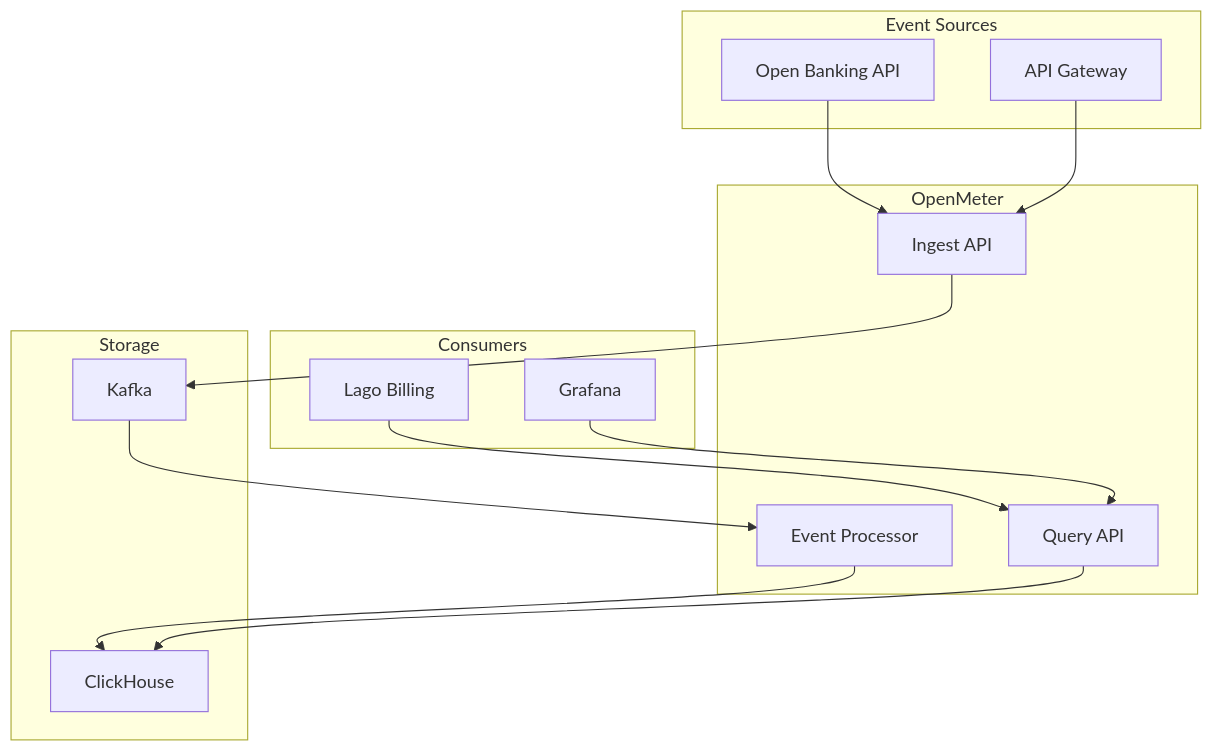
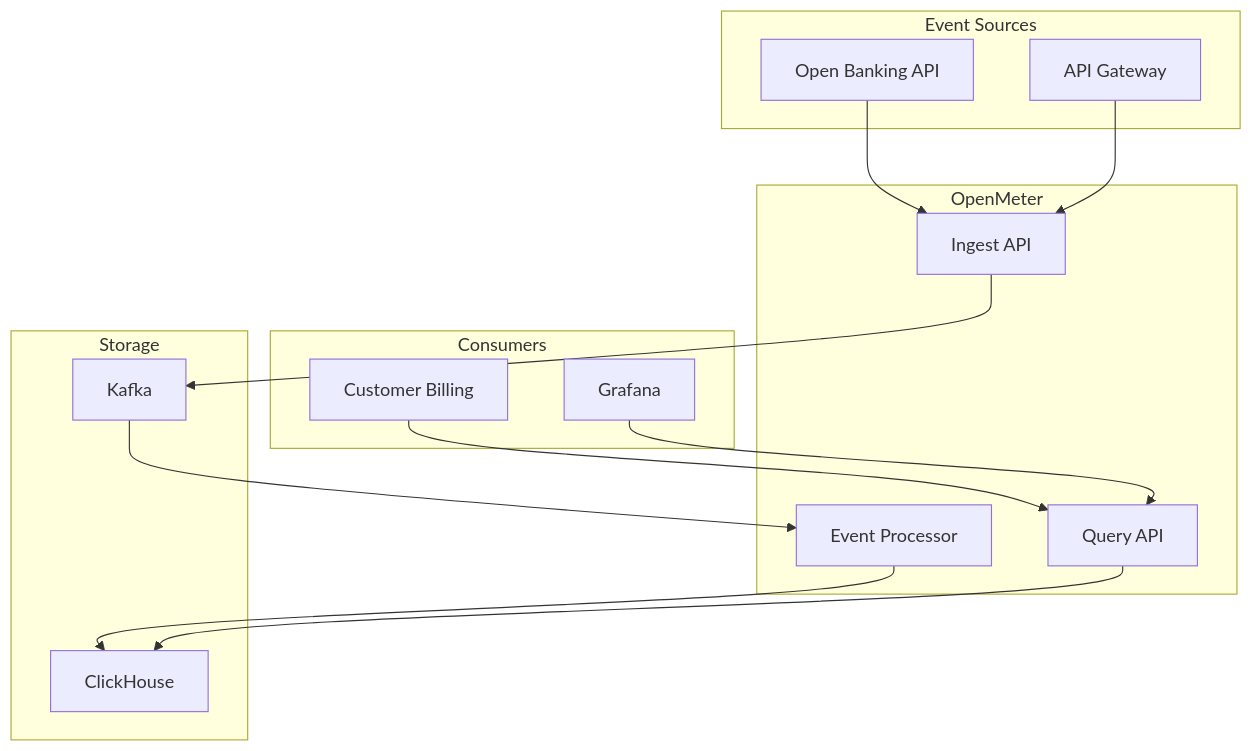
The first of 2 diagrams in platform/openmeter/README.md (openova-io/openova), drawn with Mermaid before and after one commit. The commit also changed other lines of this file and 50 other files, not shown here.

````diff
--- a/platform/openmeter/README.md
+++ b/platform/openmeter/README.md
@@ -21,32 +21,32 @@
 ```mermaid
 flowchart TB
     subgraph Sources["Event Sources"]
         API[Open Banking API]
         Gateway[API Gateway]
     end
 
     subgraph OpenMeter["OpenMeter"]
         Ingest[Ingest API]
         Process[Event Processor]
         Query[Query API]
     end
 
     subgraph Storage["Storage"]
         Kafka[Kafka]
         CH[ClickHouse]
     end
 
     subgraph Consumers["Consumers"]
-        Lago[Lago Billing]
         Grafana[Grafana]
+        Billing[Customer Billing]
     end
 
     API --> Ingest
     Gateway --> Ingest
     Ingest --> Kafka
     Kafka --> Process
     Process --> CH
     Query --> CH
-    Lago --> Query
+    Billing --> Query
     Grafana --> Query
 ```
````
